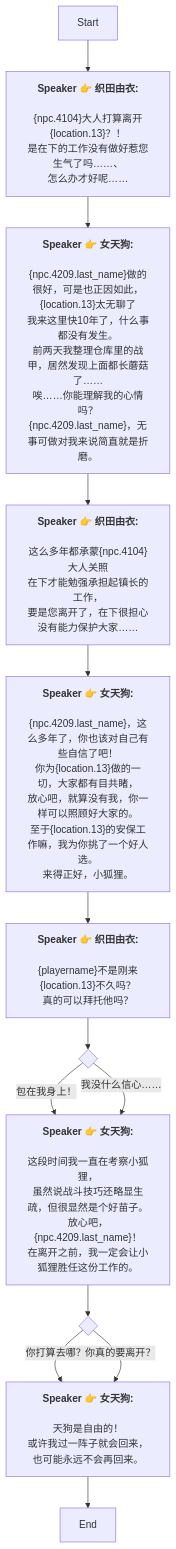
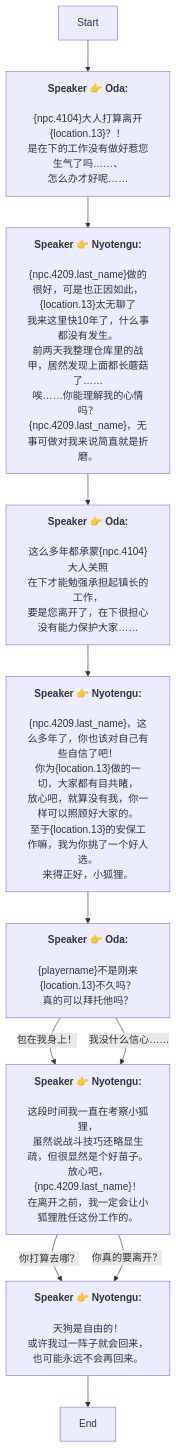
Before and after one commit to SoftHu/tos_avg: the diagram in Zh/AddDialogNode_1752701283238706.md, drawn with Mermaid. The commit also changed 737 other files, not shown here.

````diff
--- a/Zh/AddDialogNode_1752701283238706.md
+++ b/Zh/AddDialogNode_1752701283238706.md
@@ -1,55 +1,39 @@
 ```mermaid
 graph
-Start -->1752703222234942[<b>Speaker 👉 织田由衣:</b>
-
-&lbrace;npc.4104&rbrace;大人打算离开&lbrace;location.13&rbrace;？！
+Start -->1752703222234942[<b>Speaker 👉 Oda:</b>
+\n&lbrace;npc.4104&rbrace;大人打算离开&lbrace;location.13&rbrace;？！
 是在下的工作没有做好惹您生气了吗……、
 怎么办才好呢……]
-1752703222234942 -->1752703263150911[<b>Speaker 👉 女天狗:</b>
-
-&lbrace;npc.4209.last_name&rbrace;做的很好，可是也正因如此，&lbrace;location.13&rbrace;太无聊了
-我来这里快10年了，什么事都没有发生。
-前两天我整理仓库里的战甲，居然发现上面都长蘑菇了……
-唉……你能理解我的心情吗？
-&lbrace;npc.4209.last_name&rbrace;，无事可做对我来说简直就是折磨。]
-1752703263150911 -->1752703753580352[<b>Speaker 👉 织田由衣:</b>
-
-这么多年都承蒙&lbrace;npc.4104&rbrace;大人关照
+1752703222234942 -->1752703263150911[<b>Speaker 👉 Nyotengu:</b>
+\n&lbrace;npc.4209.last_name&rbrace;做的很好，可是也正因如此，&lbrace;location.13&rbrace;太无聊了
+我来这里快10年了，什么事都没有发生。\n前两天我整理仓库里的战甲，居然发现上面都长蘑菇了……
+唉……你能理解我的心情吗？\n&lbrace;npc.4209.last_name&rbrace;，无事可做对我来说简直就是折磨。]
+1752703263150911 -->1752703753580352[<b>Speaker 👉 Oda:</b>
+\n这么多年都承蒙&lbrace;npc.4104&rbrace;大人关照
 在下才能勉强承担起镇长的工作，
 要是您离开了，在下很担心没有能力保护大家……]
-1752703753580352 -->1752703791298369[<b>Speaker 👉 女天狗:</b>
-
-&lbrace;npc.4209.last_name&rbrace;，这么多年了，你也该对自己有些自信了吧！
+1752703753580352 -->1752703791298369[<b>Speaker 👉 Nyotengu:</b>
+\n&lbrace;npc.4209.last_name&rbrace;，这么多年了，你也该对自己有些自信了吧！
 你为&lbrace;location.13&rbrace;做的一切，大家都有目共睹，
-放心吧，就算没有我，你一样可以照顾好大家的。
-至于&lbrace;location.13&rbrace;的安保工作嘛，我为你挑了一个好人选。
+放心吧，就算没有我，你一样可以照顾好大家的。\n至于&lbrace;location.13&rbrace;的安保工作嘛，我为你挑了一个好人选。
 来得正好，小狐狸。]
-1752703791298369 -->1752703867654978[<b>Speaker 👉 织田由衣:</b>
-
-&lbrace;playername&rbrace;不是刚来&lbrace;location.13&rbrace;不久吗？
+1752703791298369 -->1752703867654978[<b>Speaker 👉 Oda:</b>
+\n&lbrace;playername&rbrace;不是刚来&lbrace;location.13&rbrace;不久吗？
 真的可以拜托他吗？]
-1752703867654978 -->1752704113986371{ }
-1752704113986371 -->|包在我身上！|1752704207243080[<b>Speaker 👉 女天狗:</b>
-
-这段时间我一直在考察小狐狸，
-虽然说战斗技巧还略显生疏，但很显然是个好苗子。
-放心吧，&lbrace;npc.4209.last_name&rbrace;！
+1752703867654978 -->|包在我身上！|1752704207243080[<b>Speaker 👉 Nyotengu:</b>
+\n这段时间我一直在考察小狐狸，
+虽然说战斗技巧还略显生疏，但很显然是个好苗子。\n放心吧，&lbrace;npc.4209.last_name&rbrace;！
 在离开之前，我一定会让小狐狸胜任这份工作的。]
-1752704113986371 -->|我没什么信心……|1752704207243080[<b>Speaker 👉 女天狗:</b>
-
-这段时间我一直在考察小狐狸，
-虽然说战斗技巧还略显生疏，但很显然是个好苗子。
-放心吧，&lbrace;npc.4209.last_name&rbrace;！
+1752703867654978 -->|我没什么信心……|1752704207243080[<b>Speaker 👉 Nyotengu:</b>
+\n这段时间我一直在考察小狐狸，
+虽然说战斗技巧还略显生疏，但很显然是个好苗子。\n放心吧，&lbrace;npc.4209.last_name&rbrace;！
 在离开之前，我一定会让小狐狸胜任这份工作的。]
-1752704207243080 -->1752704355882826{ }
-1752704355882826 -->|你打算去哪？|1752704391839567[<b>Speaker 👉 女天狗:</b>
-
-天狗是自由的！
+1752704207243080 -->|你打算去哪？|1752704391839567[<b>Speaker 👉 Nyotengu:</b>
+\n天狗是自由的！
 或许我过一阵子就会回来，也可能永远不会再回来。]
-1752704355882826 -->|你真的要离开？|1752704391839567[<b>Speaker 👉 女天狗:</b>
-
-天狗是自由的！
+1752704207243080 -->|你真的要离开？|1752704391839567[<b>Speaker 👉 Nyotengu:</b>
+\n天狗是自由的！
 或许我过一阵子就会回来，也可能永远不会再回来。]
 1752704391839567 -->1752704505191249[End]
 
- ```
+```
````
